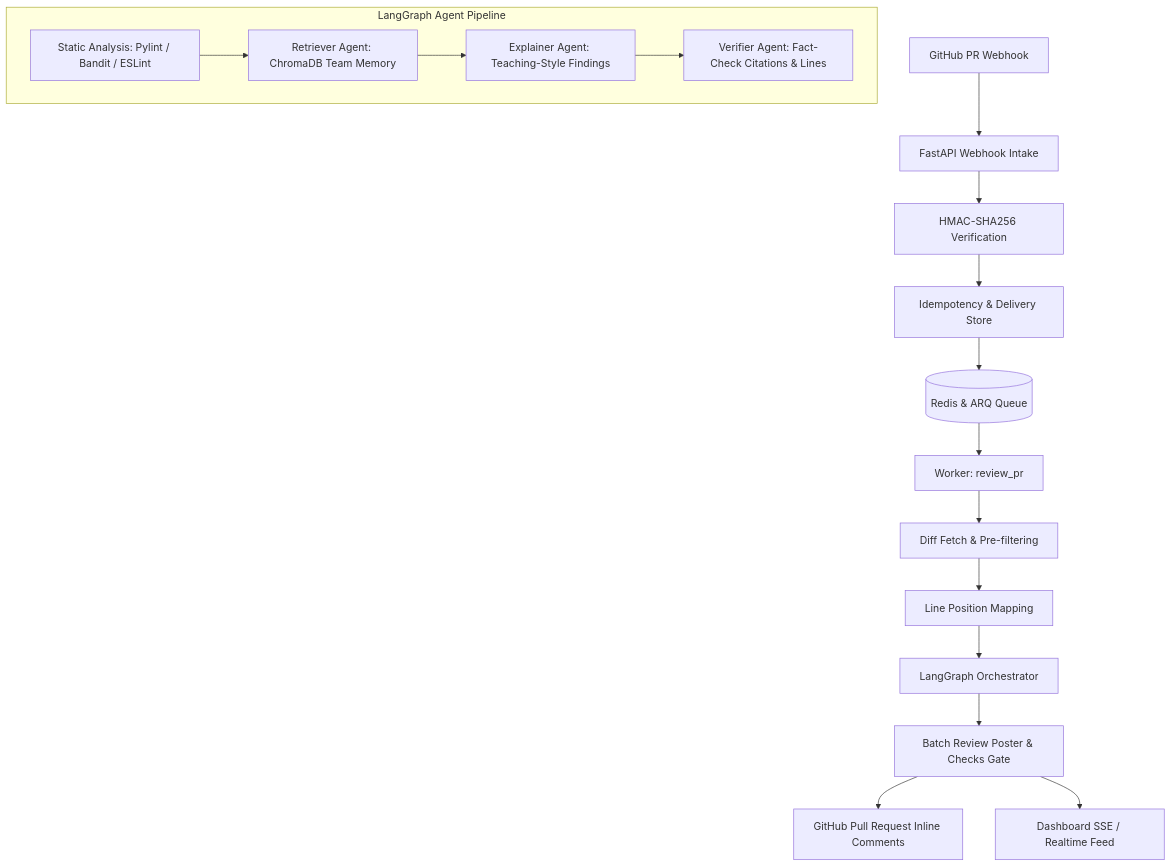
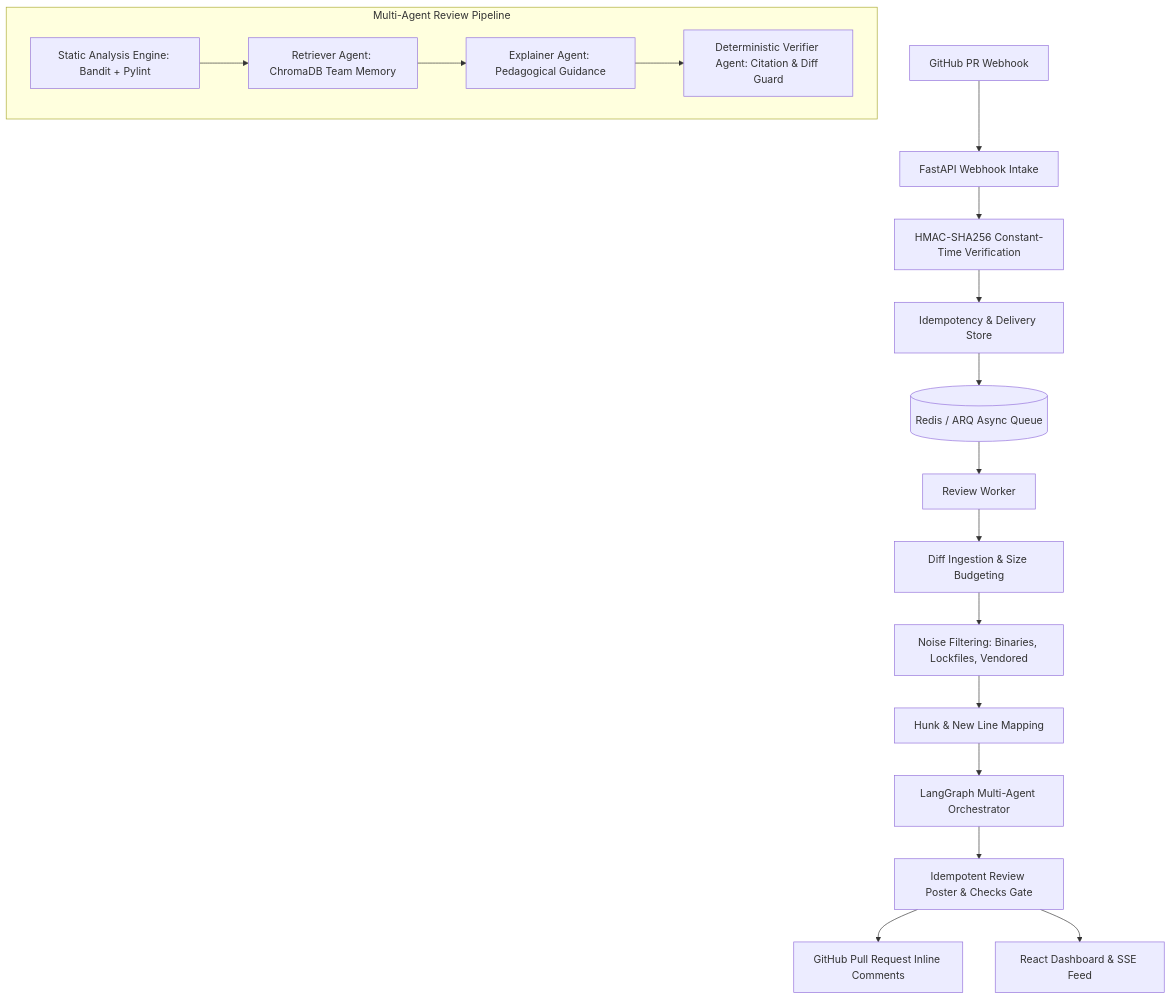
The first of 2 diagrams in docs/architecture.md (Shreyam007/Mentor_Lens), drawn with Mermaid before and after one commit. The commit also changed other lines of this file and 8 other files, not shown here.

````diff
--- a/docs/architecture.md
+++ b/docs/architecture.md
@@ -5,28 +9,29 @@
 ```mermaid
 flowchart TD
     GH[GitHub PR Webhook] --> Intake[FastAPI Webhook Intake]
-    Intake --> Signature[HMAC-SHA256 Verification]
+    Intake --> Signature[HMAC-SHA256 Constant-Time Verification]
     Signature --> Dedup[Idempotency & Delivery Store]
-    Dedup --> Queue[(Redis & ARQ Queue)]
+    Dedup --> Queue[(Redis / ARQ Async Queue)]
     
-    Queue --> Worker[Worker: review_pr]
-    Worker --> Diff[Diff Fetch & Pre-filtering]
-    Diff --> HunkMap[Line Position Mapping]
+    Queue --> Worker[Review Worker]
+    Worker --> Diff[Diff Ingestion & Size Budgeting]
+    Diff --> Filter[Noise Filtering: Binaries, Lockfiles, Vendored]
+    Filter --> HunkMap[Hunk & New Line Mapping]
     
-    HunkMap --> Graph[LangGraph Orchestrator]
+    HunkMap --> Graph[LangGraph Multi-Agent Orchestrator]
     
-    subgraph Agents [LangGraph Agent Pipeline]
-        SA[Static Analysis: Pylint / Bandit / ESLint]
+    subgraph MultiAgentPipeline [Multi-Agent Review Pipeline]
+        SA[Static Analysis Engine: Bandit + Pylint]
         Retriever[Retriever Agent: ChromaDB Team Memory]
-        Explainer[Explainer Agent: Teaching-Style Findings]
-        Verifier[Verifier Agent: Fact-Check Citations & Lines]
+        Explainer[Explainer Agent: Pedagogical Guidance]
+        Verifier[Deterministic Verifier Agent: Citation & Diff Guard]
         
         SA --> Retriever
         Retriever --> Explainer
         Explainer --> Verifier
     end
     
-    Graph --> Post[Batch Review Poster & Checks Gate]
-    Post --> GHPull[GitHub Pull Request Inline Comments]
-    Post --> UI[Dashboard SSE / Realtime Feed]
+    Graph --> Poster[Idempotent Review Poster & Checks Gate]
+    Poster --> GHPull[GitHub Pull Request Inline Comments]
+    Poster --> UI[React Dashboard & SSE Feed]
 ```
````
